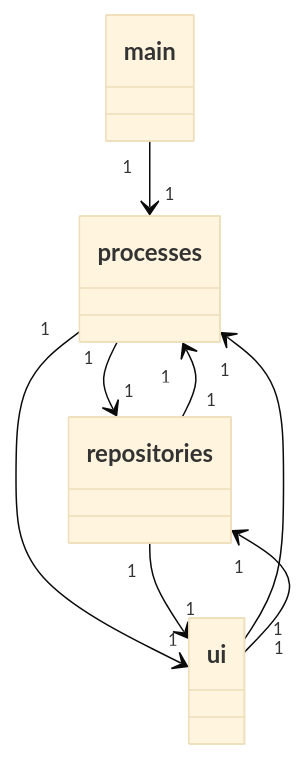
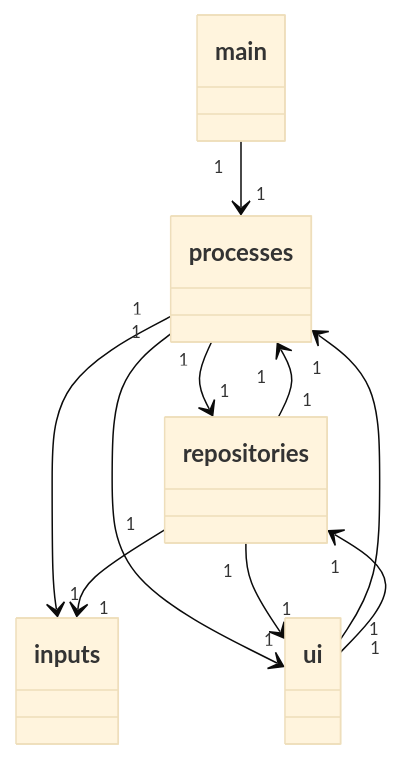
Before and after one commit to platipus82/ot-harjoitustyo: the first of 3 diagrams in dokumentaatio/arkkitehtuuri.MD, drawn with Mermaid (base theme). The commit also changed other lines of this file, not shown here.

````diff
--- a/dokumentaatio/arkkitehtuuri.MD
+++ b/dokumentaatio/arkkitehtuuri.MD
@@ -8,26 +8,32 @@
 ```mermaid
 classDiagram
     main "1" --> "1" processes 
     processes "1" --> "1" repositories 
     repositories "1" --> "1" processes 
+    processes "1" --> "1" inputs 
+    repositories "1" --> "1" inputs 
     ui "1" --> "1" processes 
     processes "1" --> "1" ui 
     ui "1" --> "1" repositories 
     repositories "1" --> "1" ui 
 
     class processes{
     
     }
     
     class repositories{ 
     
     }
     
+    class inputs{ 
+    
+    }
+    
     class ui{ 
     
     }
     
     class main{ 
     
     }
 ```
````
